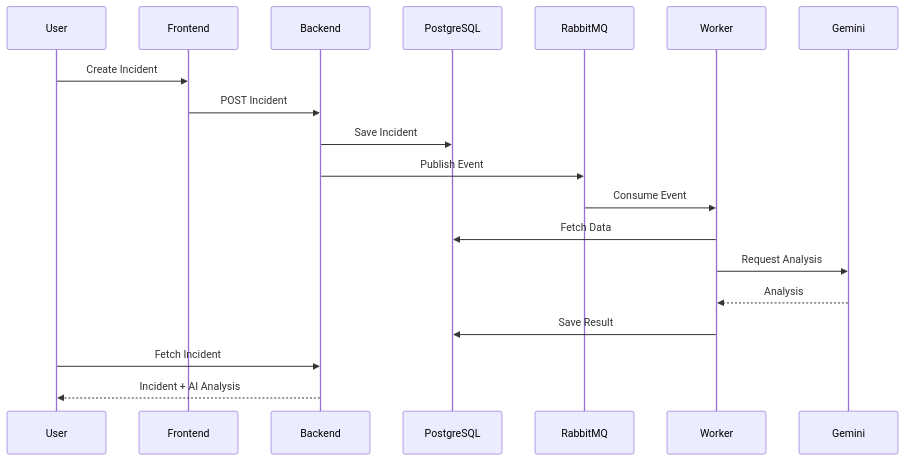
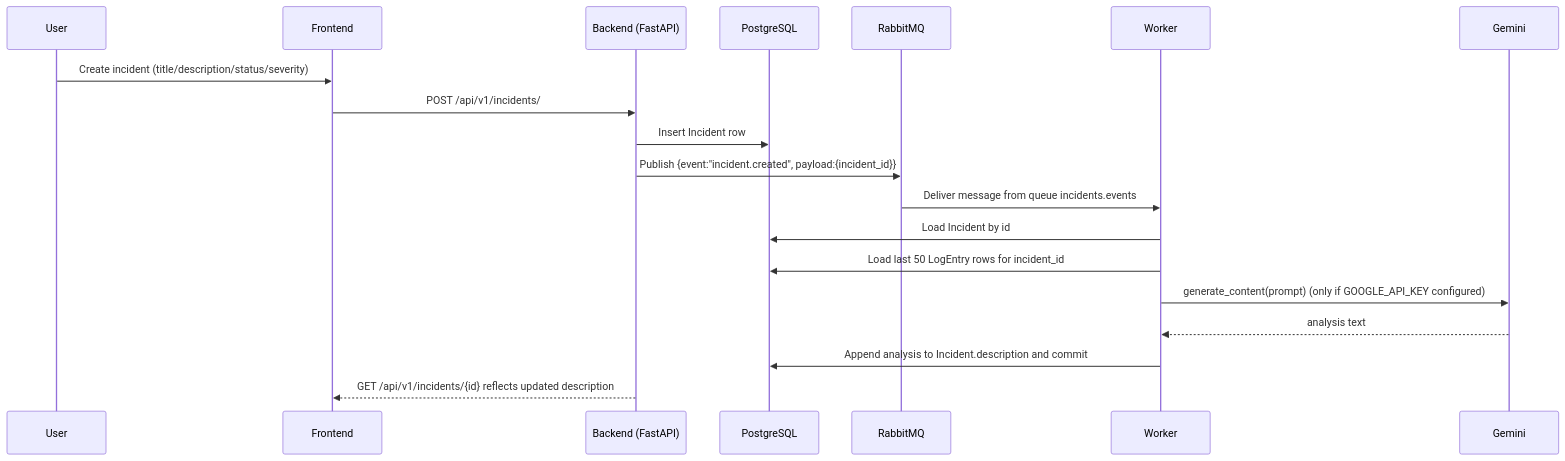
Before and after one commit to Guna-Asher/AI-Ops-Dashboard: the second of 7 diagrams in README.md, drawn with Mermaid. The commit also changed other lines of this file, not shown here.

````diff
--- a/README.md
+++ b/README.md
@@ -75,18 +193,22 @@
 ```mermaid
 sequenceDiagram
+  participant U as User
+  participant F as Frontend
+  participant B as Backend (FastAPI)
+  participant DB as PostgreSQL
+  participant MQ as RabbitMQ
+  participant W as Worker
+  participant AI as Gemini
 
-User->>Frontend: Create Incident
-Frontend->>Backend: POST Incident
-Backend->>PostgreSQL: Save Incident
-Backend->>RabbitMQ: Publish Event
-
-RabbitMQ->>Worker: Consume Event
-Worker->>PostgreSQL: Fetch Data
-Worker->>Gemini: Request Analysis
-Gemini-->>Worker: Analysis
-
-Worker->>PostgreSQL: Save Result
-
-User->>Backend: Fetch Incident
-Backend-->>User: Incident + AI Analysis
+  U->>F: Create incident (title/description/status/severity)
+  F->>B: POST /api/v1/incidents/
+  B->>DB: Insert Incident row
+  B->>MQ: Publish {event:"incident.created", payload:{incident_id}}
+  MQ->>W: Deliver message from queue incidents.events
+  W->>DB: Load Incident by id
+  W->>DB: Load last 50 LogEntry rows for incident_id
+  W->>AI: generate_content(prompt) (only if GOOGLE_API_KEY configured)
+  AI-->>W: analysis text
+  W->>DB: Append analysis to Incident.description and commit
+  B-->>F: GET /api/v1/incidents/{id} reflects updated description
 ```
````
